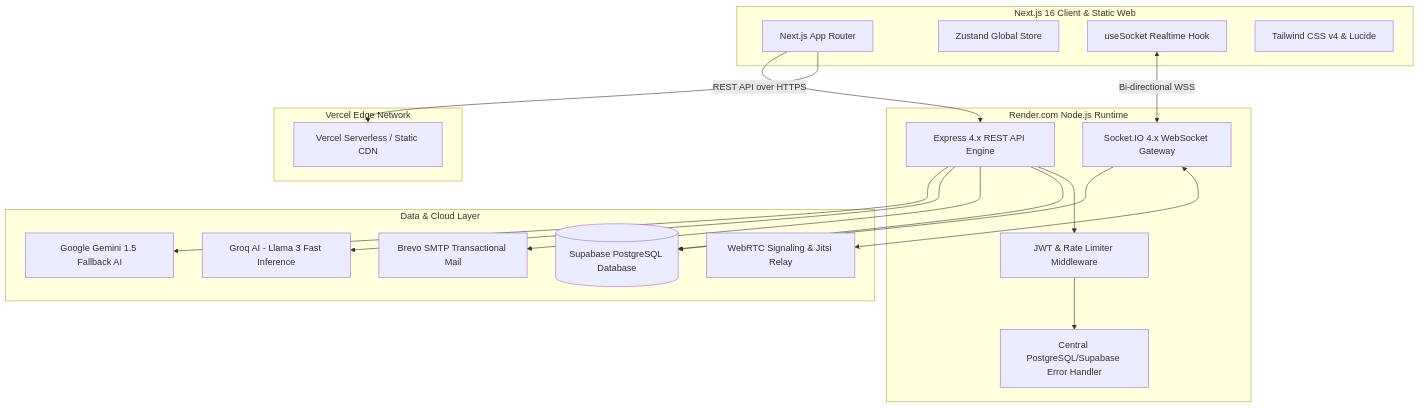
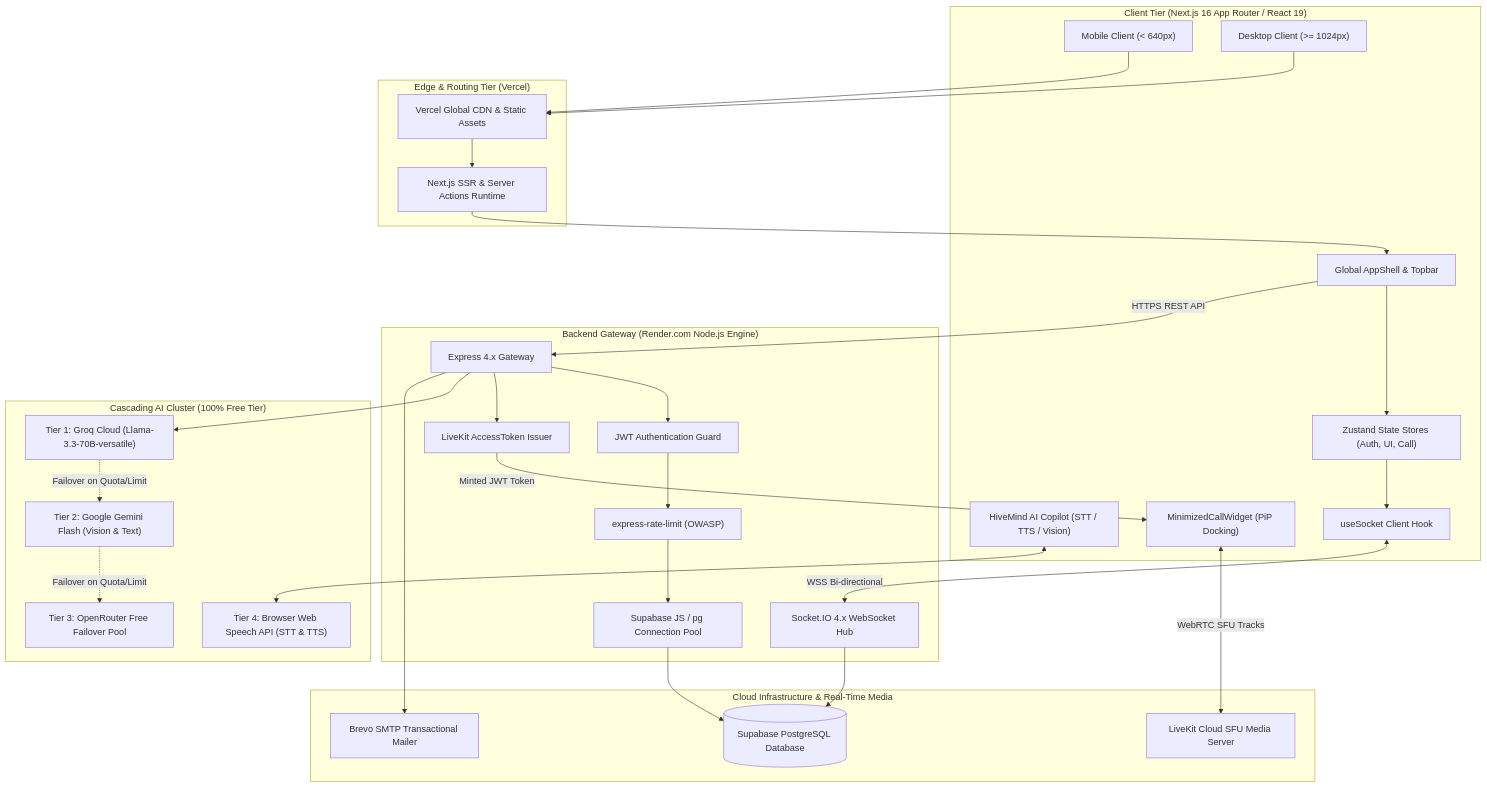
Before and after one commit to Ti838/Project-Hive: the first of 7 diagrams in ARCHITECTURE.md, drawn with Mermaid. The commit also changed other lines of this file and 73 other files, not shown here.

Commit message:
feat: complete production ecosystem with LiveKit SFU, HiveMind AI, Team Workspace, WhatsApp messaging, ultra-responsive UI, and comprehensive Mermaid architecture documentation

````diff
--- a/ARCHITECTURE.md
+++ b/ARCHITECTURE.md
@@ -9,40 +17,70 @@
 ```mermaid
 graph TD
-    subgraph Client Layer [Next.js 16 Client & Static Web]
-        App[Next.js App Router]
-        ZStore[Zustand Global Store]
-        SocketHook[useSocket Realtime Hook]
-        Tailwind[Tailwind CSS v4 & Lucide]
+    %% Clients
+    subgraph Client_Ecosystem ["Client Tier (Next.js 16 App Router / React 19)"]
+        BrowserMobile["Mobile Client (< 640px)"]
+        BrowserDesktop["Desktop Client (>= 1024px)"]
+        AppShell["Global AppShell & Topbar"]
+        HiveMindWidget["HiveMind AI Copilot (STT / TTS / Vision)"]
+        LiveKitWidget["MinimizedCallWidget (PiP Docking)"]
+        SocketEngine["useSocket Client Hook"]
+        StoreLayer["Zustand State Stores (Auth, UI, Call)"]
     end
 
-    subgraph CDN & Edge [Vercel Edge Network]
-        Vercel[Vercel Serverless / Static CDN]
+    %% Edge CDN
+    subgraph Edge_Infrastructure ["Edge & Routing Tier (Vercel)"]
+        VercelCDN["Vercel Global CDN & Static Assets"]
+        NextServer["Next.js SSR & Server Actions Runtime"]
     end
 
-    subgraph Backend Services [Render.com Node.js Runtime]
-        Express[Express 4.x REST API Engine]
-        SocketServer[Socket.IO 4.x WebSocket Gateway]
-        AuthGuard[JWT & Rate Limiter Middleware]
-        ErrorHandler[Central PostgreSQL/Supabase Error Handler]
+    %% Backend Engine
+    subgraph Backend_Gateway ["Backend Gateway (Render.com Node.js Engine)"]
+        ExpressRouter["Express 4.x Gateway"]
+        AuthMiddleware["JWT Authentication Guard"]
+        RateLimiter["express-rate-limit (OWASP)"]
+        LiveKitTokenService["LiveKit AccessToken Issuer"]
+        SocketCluster["Socket.IO 4.x WebSocket Hub"]
+        DBConnector["Supabase JS / pg Connection Pool"]
     end
 
-    subgraph Data & Cloud Layer
-        Supabase[(Supabase PostgreSQL Database)]
-        Brevo[Brevo SMTP Transactional Mail]
-        Groq[Groq AI - Llama 3 Fast Inference]
-        Gemini[Google Gemini 1.5 Fallback AI]
-        WebRTC[WebRTC Signaling & Jitsi Relay]
+    %% Multi-Model AI Engine
+    subgraph AI_Inference_Cluster ["Cascading AI Cluster (100% Free Tier)"]
+        GroqTier["Tier 1: Groq Cloud (Llama-3.3-70B-versatile)"]
+        GeminiTier["Tier 2: Google Gemini Flash (Vision & Text)"]
+        OpenRouterTier["Tier 3: OpenRouter Free Failover Pool"]
+        WebSpeechTier["Tier 4: Browser Web Speech API (STT & TTS)"]
     end
 
-    App --> Vercel
-    App -->|REST API over HTTPS| Express
-    SocketHook <-->|Bi-directional WSS| SocketServer
-    Express --> AuthGuard
-    AuthGuard --> ErrorHandler
-    Express --> Supabase
-    Express --> Brevo
-    Express --> Groq
-    Express --> Gemini
-    SocketServer <--> WebRTC
-    SocketServer --> Supabase
+    %% Cloud Services & Persistence
+    subgraph Persistence_Media ["Cloud Infrastructure & Real-Time Media"]
+        PostgreSQL[("Supabase PostgreSQL Database")]
+        LiveKitCluster["LiveKit Cloud SFU Media Server"]
+        BrevoSMTP["Brevo SMTP Transactional Mailer"]
+    end
+
+    %% Connections
+    BrowserMobile --> VercelCDN
+    BrowserDesktop --> VercelCDN
+    VercelCDN --> NextServer
+    NextServer --> AppShell
+    AppShell --> StoreLayer
+    StoreLayer --> SocketEngine
+
+    AppShell -->|HTTPS REST API| ExpressRouter
+    SocketEngine <-->|WSS Bi-directional| SocketCluster
+    ExpressRouter --> AuthMiddleware
+    AuthMiddleware --> RateLimiter
+    RateLimiter --> DBConnector
+    DBConnector --> PostgreSQL
+    SocketCluster --> PostgreSQL
+
+    ExpressRouter --> LiveKitTokenService
+    LiveKitTokenService -->|Minted JWT Token| LiveKitWidget
+    LiveKitWidget <-->|WebRTC SFU Tracks| LiveKitCluster
+
+    HiveMindWidget <--> WebSpeechTier
+    ExpressRouter --> GroqTier
+    GroqTier -.->|Failover on Quota/Limit| GeminiTier
+    GeminiTier -.->|Failover on Quota/Limit| OpenRouterTier
+    ExpressRouter --> BrevoSMTP
 ```
````
